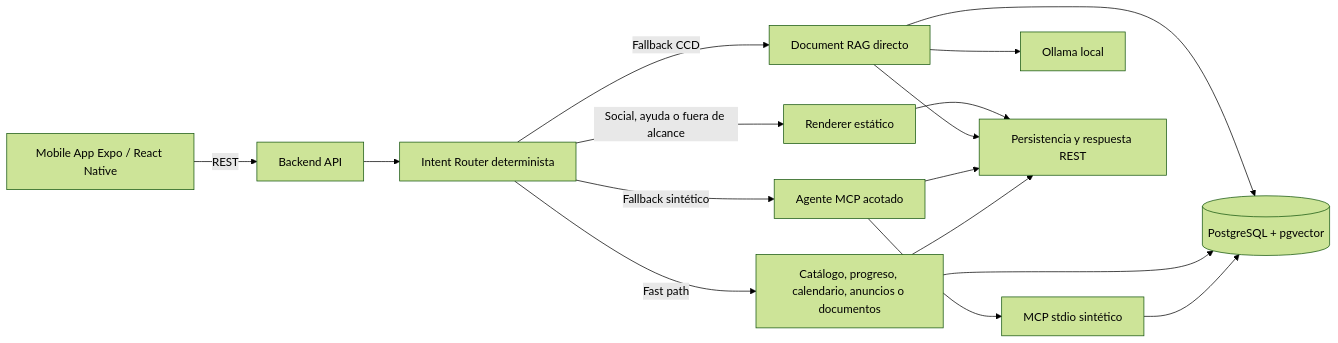
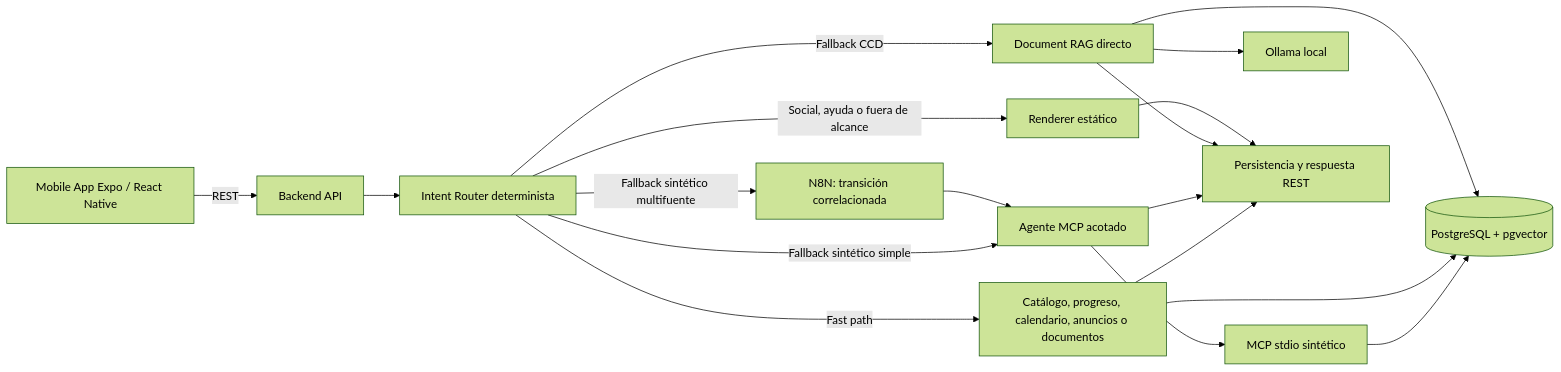
The second of 4 diagrams in docs/arquitectura.md (XeyKG/BanuChat_), drawn with Mermaid (forest theme) before and after one commit. The commit also changed other lines of this file and 22 other files, not shown here.

````diff
--- a/docs/arquitectura.md
+++ b/docs/arquitectura.md
@@ -97,18 +98,20 @@
 ```mermaid
 flowchart LR
     mobile["Mobile App Expo / React Native"] -->|"REST"| api["Backend API"]
     api --> router["Intent Router determinista"]
     router -->|"Fast path"| fast["Catálogo, progreso, calendario, anuncios o documentos"]
     router -->|"Social, ayuda o fuera de alcance"| static["Renderer estático"]
-    router -->|"Fallback sintético"| agent["Agente MCP acotado"]
+    router -->|"Fallback sintético simple"| agent["Agente MCP acotado"]
+    router -->|"Fallback sintético multifuente"| n8n["N8N: transición correlacionada"]
+    n8n --> agent
     router -->|"Fallback CCD"| rag["Document RAG directo"]
     agent --> mcp["MCP stdio sintético"]
     mcp --> db
     fast --> db[("PostgreSQL + pgvector")]
     rag --> db
     rag --> ollama["Ollama local"]
     fast --> reply["Persistencia y respuesta REST"]
     agent --> reply
     rag --> reply
     static --> reply
 ```
````
